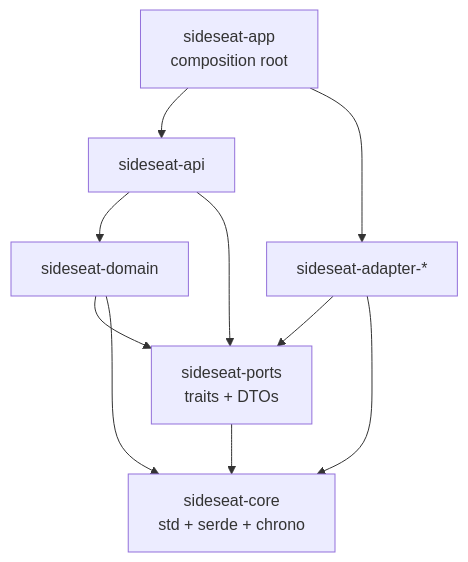
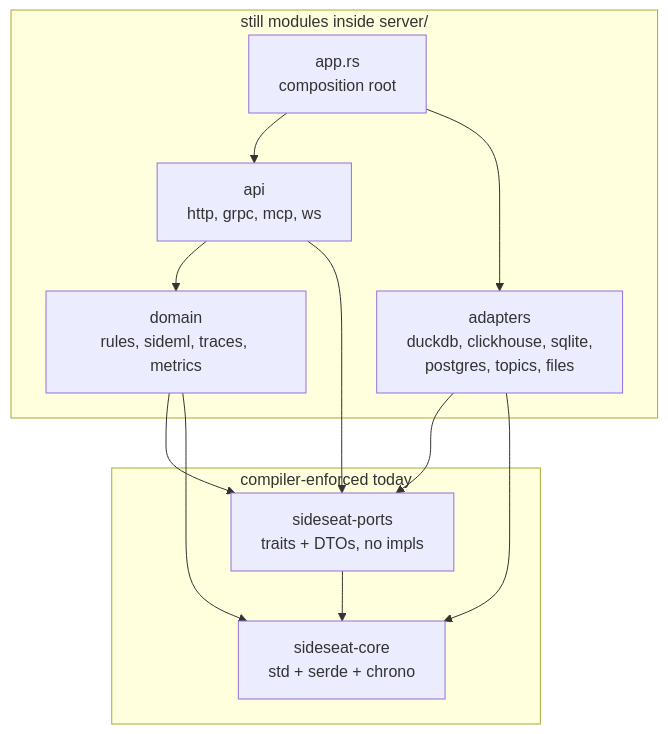
The first of 10 diagrams in PLAN.md (sideseat/sideseat), drawn with Mermaid before and after one commit. The commit also changed other lines of this file, not shown here.

````diff
--- a/PLAN.md
+++ b/PLAN.md
@@ -101,19 +128,23 @@
 ```mermaid
 graph TD
-    core["sideseat-core<br/>std + serde + chrono"]
-    ports["sideseat-ports<br/>traits + DTOs"]
-    domain["sideseat-domain"]
-    adapters["sideseat-adapter-*"]
-    api["sideseat-api"]
-    app["sideseat-app<br/>composition root"]
+    subgraph enforced["compiler-enforced today"]
+        core["sideseat-core<br/>std + serde + chrono"]
+        ports["sideseat-ports<br/>traits + DTOs, no impls"]
+    end
+    subgraph pending["still modules inside server/"]
+        domain["domain<br/>rules, sideml, traces, metrics"]
+        adapters["adapters<br/>duckdb, clickhouse, sqlite,<br/>postgres, topics, files"]
+        api["api<br/>http, grpc, mcp, ws"]
+        app["app.rs<br/>composition root"]
+    end
 
     ports --> core
     domain --> ports
     domain --> core
     adapters --> ports
     adapters --> core
     api --> domain
     api --> ports
     app --> api
     app --> adapters
 ```
````
